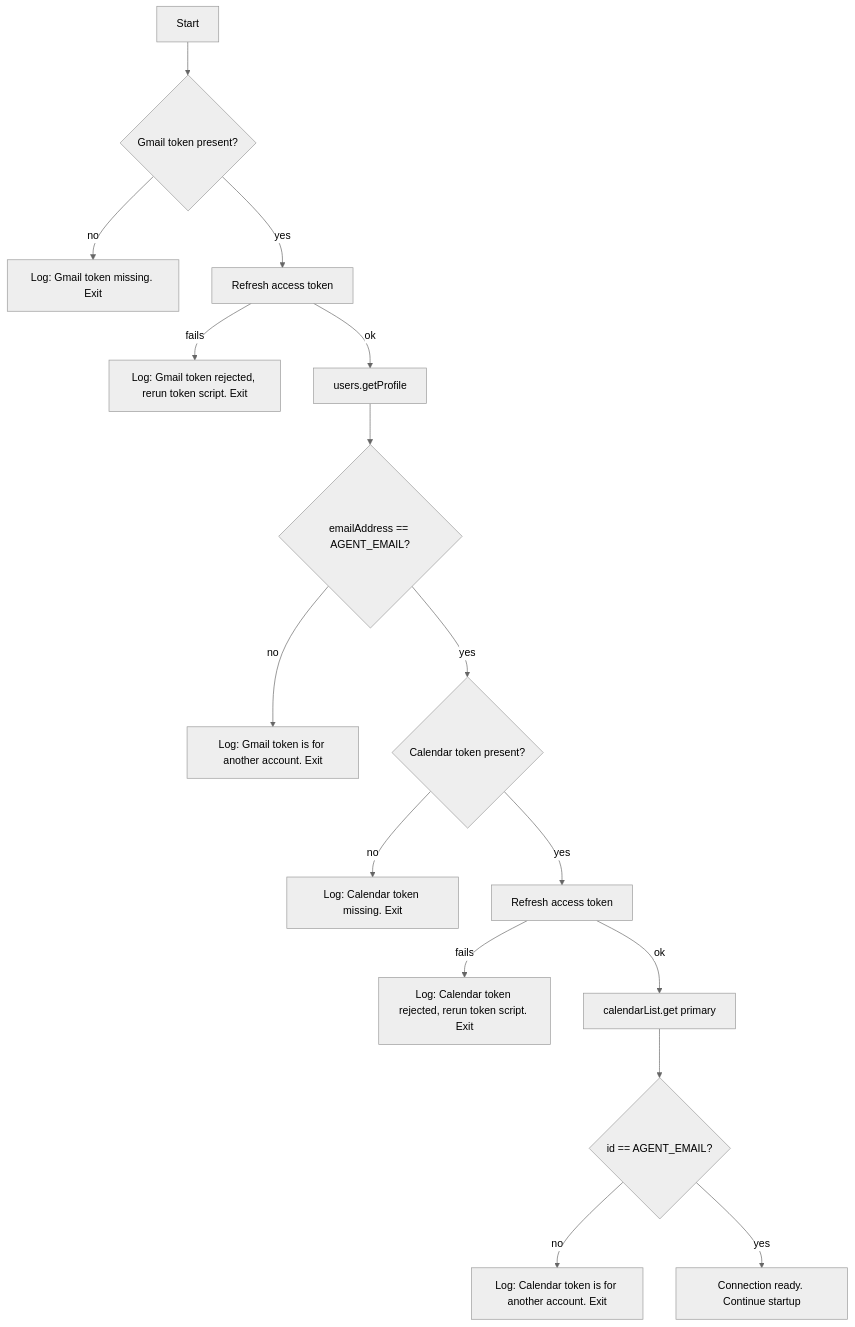
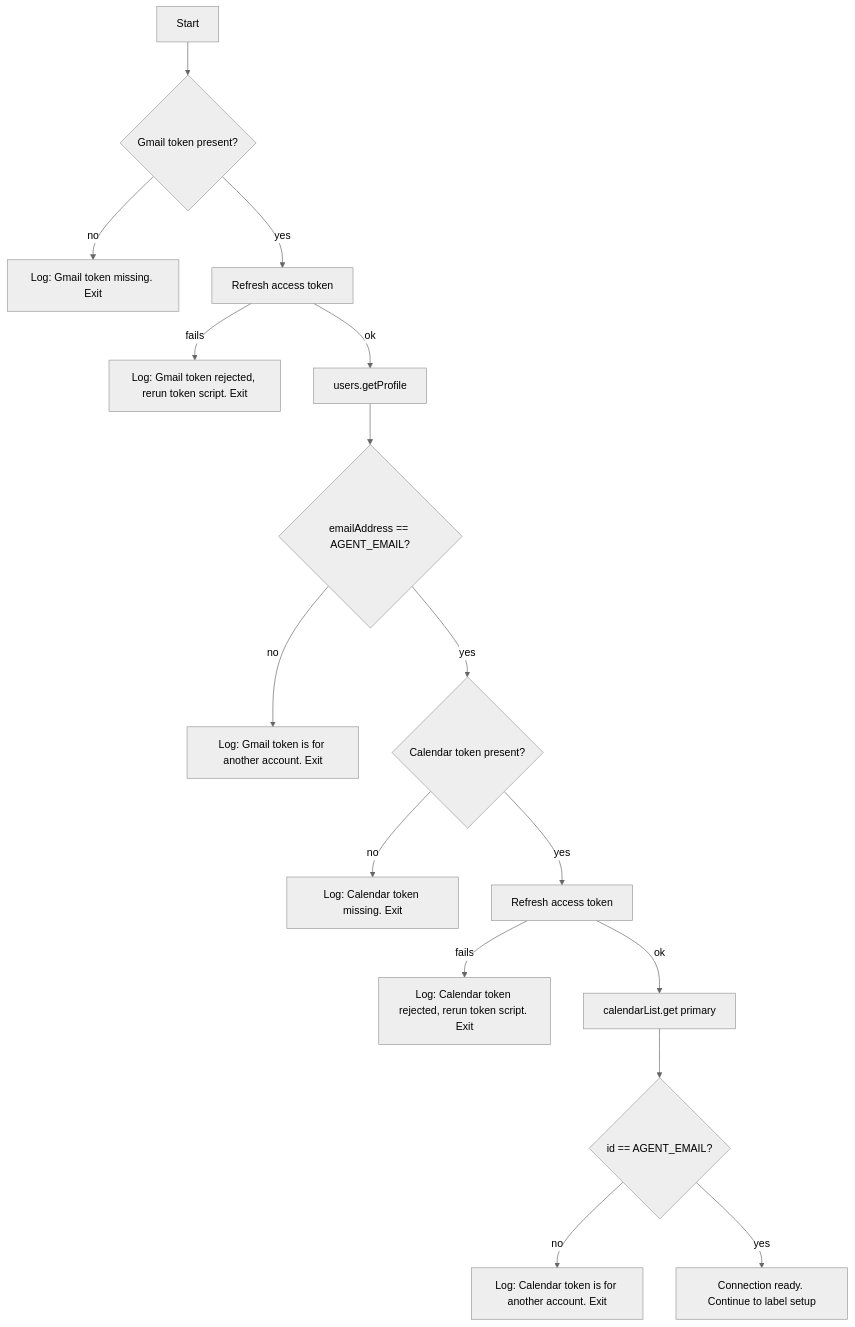
Before and after one commit to andreicaminschi/ai-email-assistant: the second of 3 diagrams in docs/gmail-oauth.md, drawn with Mermaid (neutral theme). The commit also changed other lines of this file and 1 other file, not shown here.

Commit message:
docs: startup label setup

````diff
--- a/docs/gmail-oauth.md
+++ b/docs/gmail-oauth.md
@@ -73,18 +74,18 @@
 ```mermaid
 flowchart TD
     A[Start] --> B{Gmail token present?}
     B -- no --> X[Log: Gmail token missing. Exit]
     B -- yes --> C[Refresh access token]
     C -- fails --> Y[Log: Gmail token rejected, rerun token script. Exit]
     C -- ok --> D[users.getProfile]
     D --> E{emailAddress == AGENT_EMAIL?}
     E -- no --> Z[Log: Gmail token is for another account. Exit]
     E -- yes --> F{Calendar token present?}
     F -- no --> X2[Log: Calendar token missing. Exit]
     F -- yes --> G[Refresh access token]
     G -- fails --> Y2[Log: Calendar token rejected, rerun token script. Exit]
     G -- ok --> H[calendarList.get primary]
     H --> I{id == AGENT_EMAIL?}
     I -- no --> Z2[Log: Calendar token is for another account. Exit]
-    I -- yes --> OK[Connection ready. Continue startup]
+    I -- yes --> OK[Connection ready. Continue to label setup]
 ```
````
